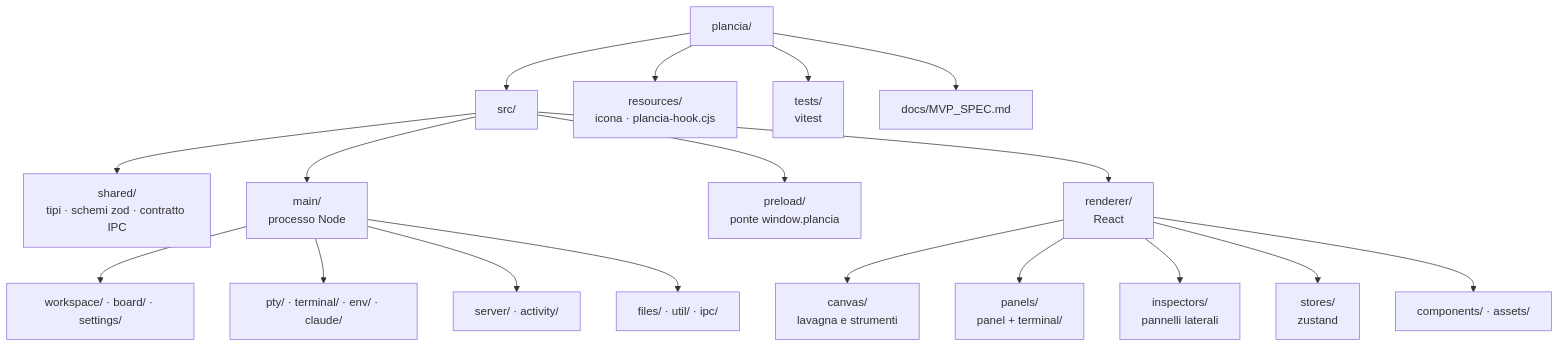
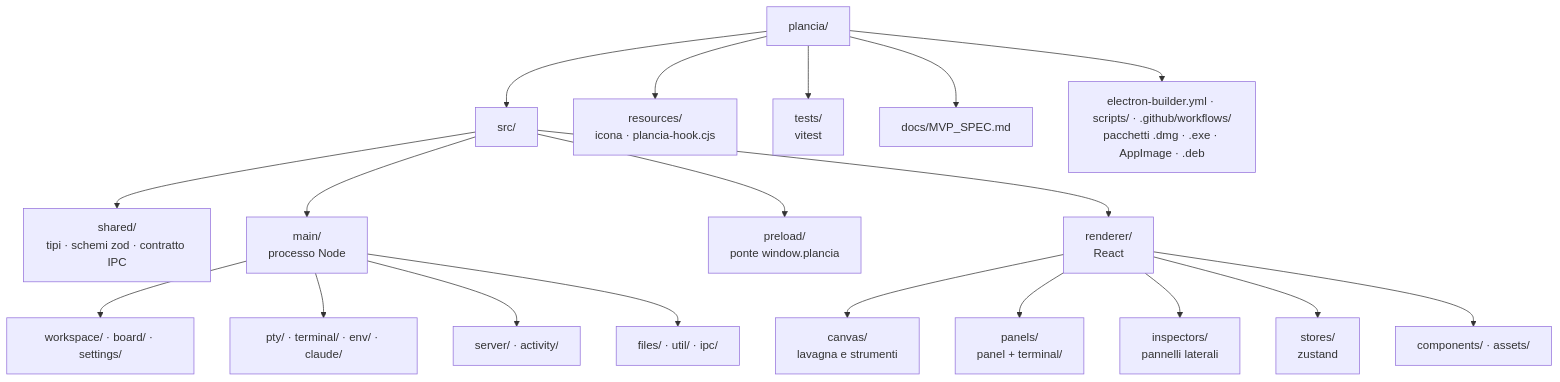
One commit to Marco-Pagnanini/OpenPlancia changed the second of 19 diagrams in ARCHITECTURE.md. Above: the diagram before and after it, drawn with Mermaid. The commit also changed other lines of this file and 10 other files, not shown here.

````diff
--- a/ARCHITECTURE.md
+++ b/ARCHITECTURE.md
@@ -112,23 +112,24 @@
 ```mermaid
 flowchart TB
   root["plancia/"] --> src["src/"]
   root --> res["resources/<br/>icona · plancia-hook.cjs"]
   root --> tests["tests/<br/>vitest"]
   root --> docs["docs/MVP_SPEC.md"]
+  root --> pack["electron-builder.yml · scripts/ · .github/workflows/<br/>pacchetti .dmg · .exe · AppImage · .deb"]
 
   src --> shared["shared/<br/>tipi · schemi zod · contratto IPC"]
   src --> main["main/<br/>processo Node"]
   src --> preload["preload/<br/>ponte window.plancia"]
   src --> renderer["renderer/<br/>React"]
 
   main --> m1["workspace/ · board/ · settings/"]
   main --> m2["pty/ · terminal/ · env/ · claude/"]
   main --> m3["server/ · activity/"]
   main --> m4["files/ · util/ · ipc/"]
 
   renderer --> r1["canvas/<br/>lavagna e strumenti"]
   renderer --> r2["panels/<br/>panel + terminal/"]
   renderer --> r3["inspectors/<br/>pannelli laterali"]
   renderer --> r4["stores/<br/>zustand"]
   renderer --> r5["components/ · assets/"]
 ```
````
